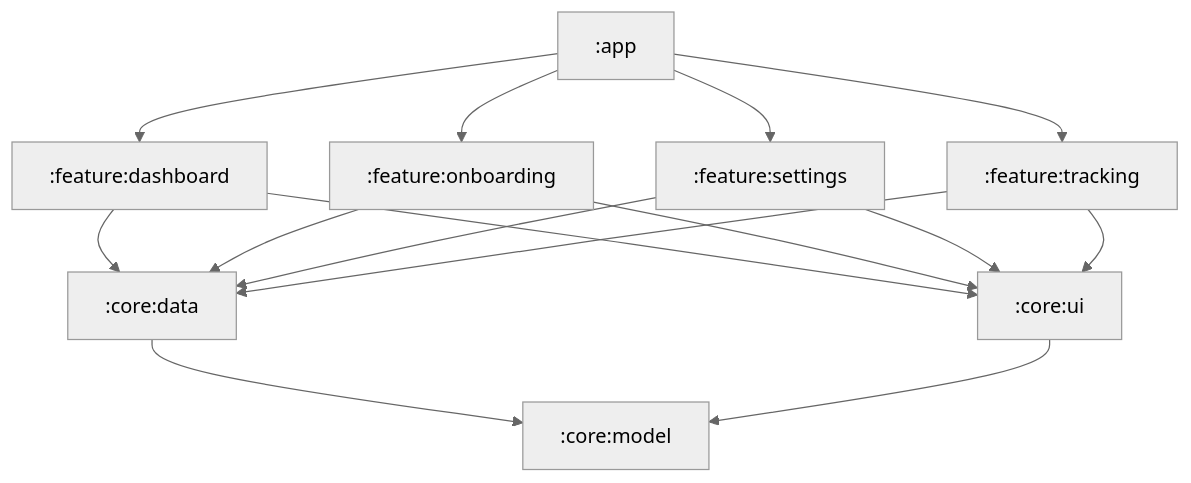
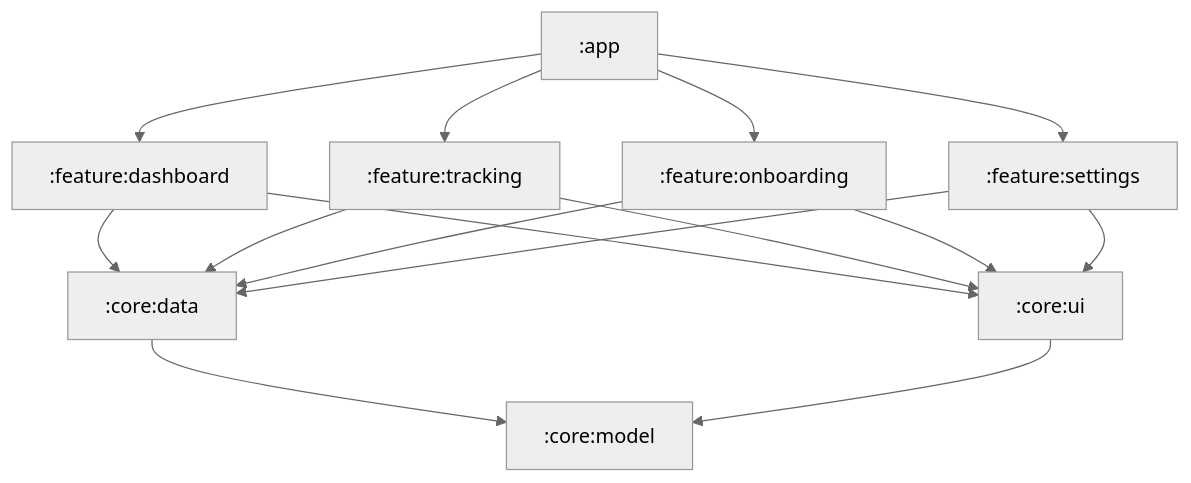
One commit to Tenebris03/Helix changed the first of 3 diagrams in README.md. Above: the diagram before and after it, drawn with Mermaid (neutral theme). The commit also changed other lines of this file, not shown here.

Commit message:
Rewrite README in plain language with architecture diagrams

````diff
--- a/README.md
+++ b/README.md
@@ -30,17 +14,17 @@
 ```mermaid
 graph TD
-    app[":app"] --> dashboard[":feature:dashboard"]
-    app --> onboarding[":feature:onboarding"]
-    app --> settings[":feature:settings"]
-    app --> tracking[":feature:tracking"]
-    dashboard --> core_ui[":core:ui"]
-    dashboard --> core_data[":core:data"]
-    onboarding --> core_ui
-    onboarding --> core_data
-    settings --> core_ui
-    settings --> core_data
-    tracking --> core_ui
-    tracking --> core_data
-    core_data --> core_model[":core:model"]
-    core_ui --> core_model
+    app[":app"] --> dash[":feature:dashboard"]
+    app --> track[":feature:tracking"]
+    app --> onb[":feature:onboarding"]
+    app --> sett[":feature:settings"]
+    dash --> ui[":core:ui"]
+    dash --> data[":core:data"]
+    track --> ui
+    track --> data
+    onb --> ui
+    onb --> data
+    sett --> ui
+    sett --> data
+    data --> model[":core:model"]
+    ui --> model
 ```
````
